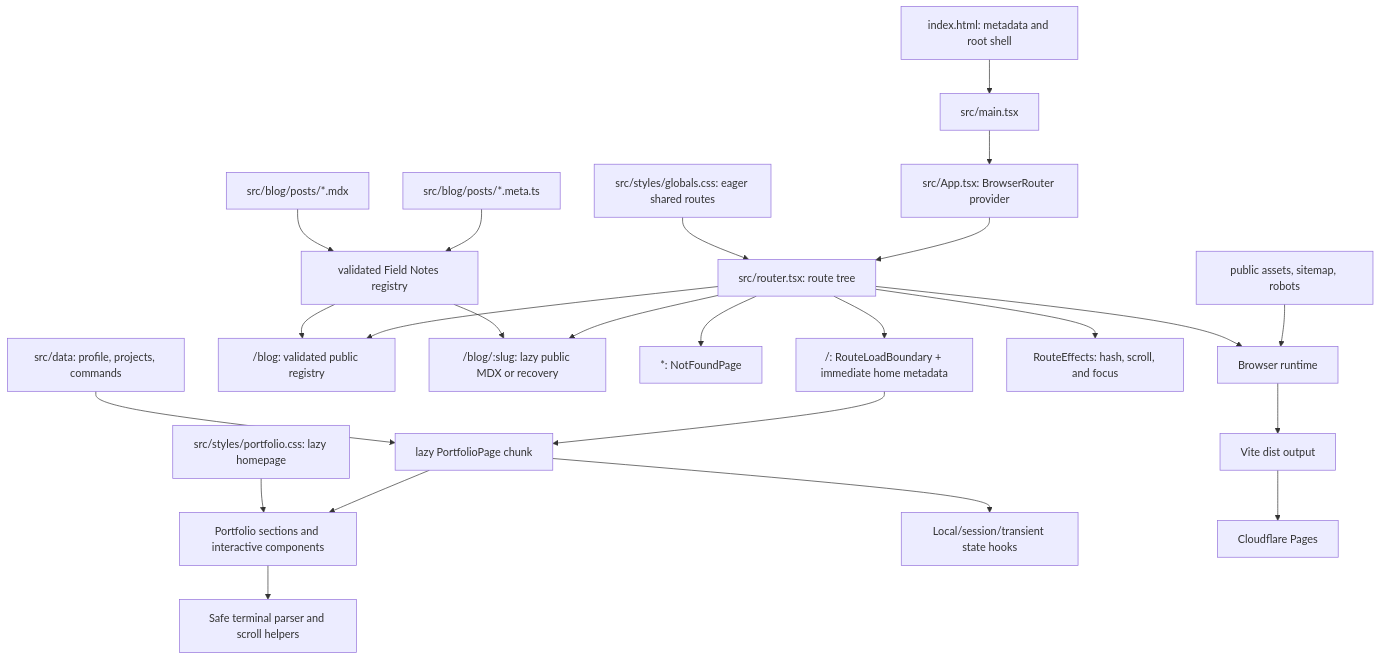
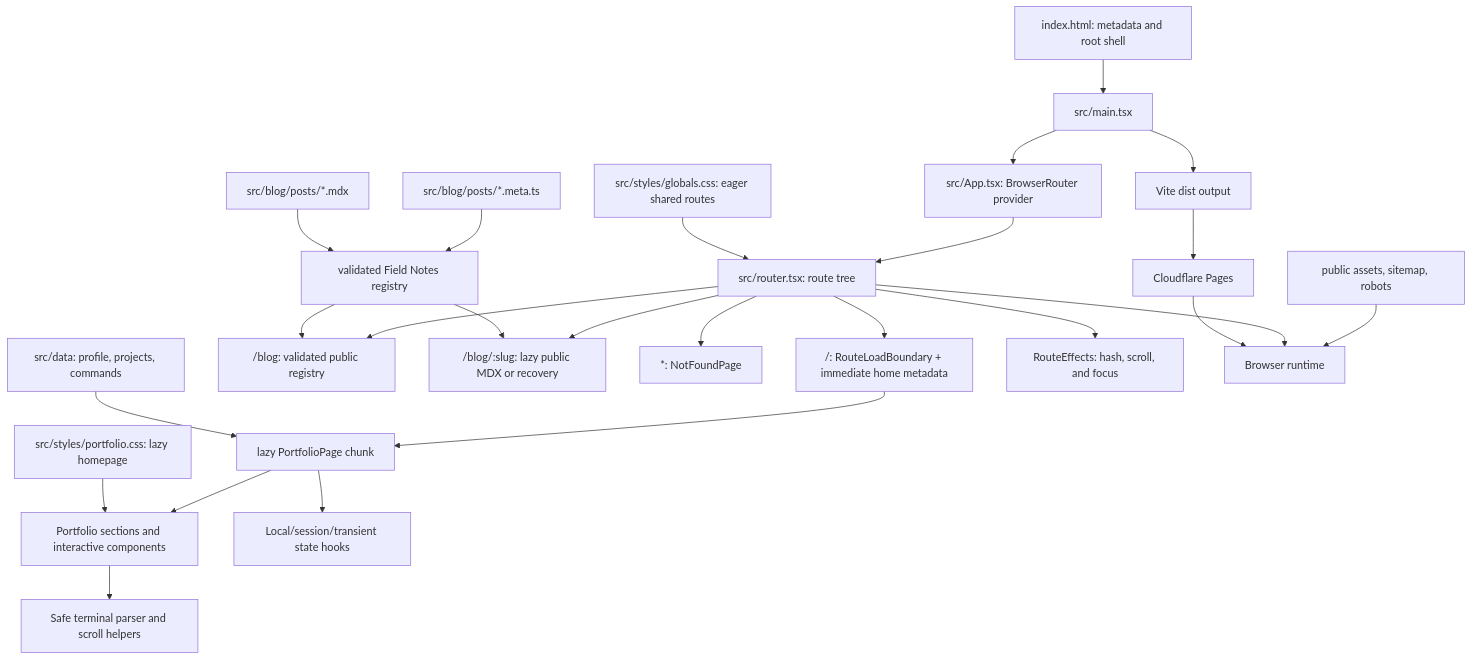
One commit to atrx07/atrx07-portfolio changed the first of 5 diagrams in ARCHITECTURE.md. Above: the diagram before and after it, drawn with Mermaid. The commit also changed other lines of this file and 16 other files, not shown here.

````diff
--- a/ARCHITECTURE.md
+++ b/ARCHITECTURE.md
@@ -16,26 +16,27 @@
 ```mermaid
 flowchart TD
   html["index.html: metadata and root shell"] --> entry["src/main.tsx"]
   entry --> app["src/App.tsx: BrowserRouter provider"]
   app --> router["src/router.tsx: route tree"]
   router --> routeBoundary["/: RouteLoadBoundary + immediate home metadata"]
   routeBoundary --> portfolio["lazy PortfolioPage chunk"]
   router --> blog["/blog: validated public registry"]
   router --> post["/blog/:slug: lazy public MDX or recovery"]
   router --> missing["*: NotFoundPage"]
   data["src/data: profile, projects, commands"] --> portfolio
   blogMeta["src/blog/posts/*.meta.ts"] --> registry["validated Field Notes registry"]
   blogBody["src/blog/posts/*.mdx"] --> registry
   registry --> blog
   registry --> post
   portfolio --> sections["Portfolio sections and interactive components"]
   portfolio --> hooks["Local/session/transient state hooks"]
   router --> effects["RouteEffects: hash, scroll, and focus"]
   sections --> engine["Safe terminal parser and scroll helpers"]
   sharedStyles["src/styles/globals.css: eager shared routes"] --> router
   portfolioStyles["src/styles/portfolio.css: lazy homepage"] --> sections
   assets["public assets, sitemap, robots"] --> browser["Browser runtime"]
   router --> browser
-  browser --> build["Vite dist output"]
+  entry --> build["Vite dist output"]
   build --> pages["Cloudflare Pages"]
+  pages --> browser
 ```
````
